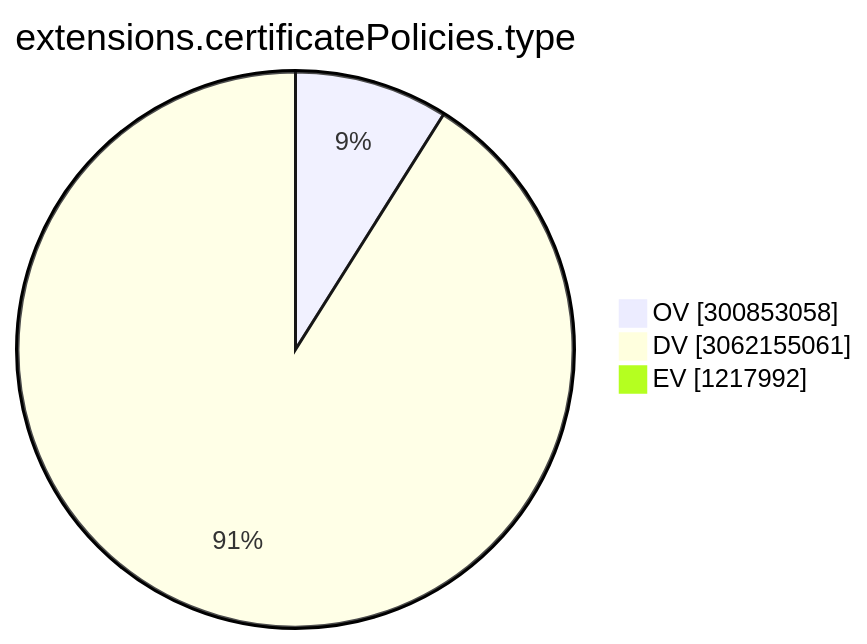
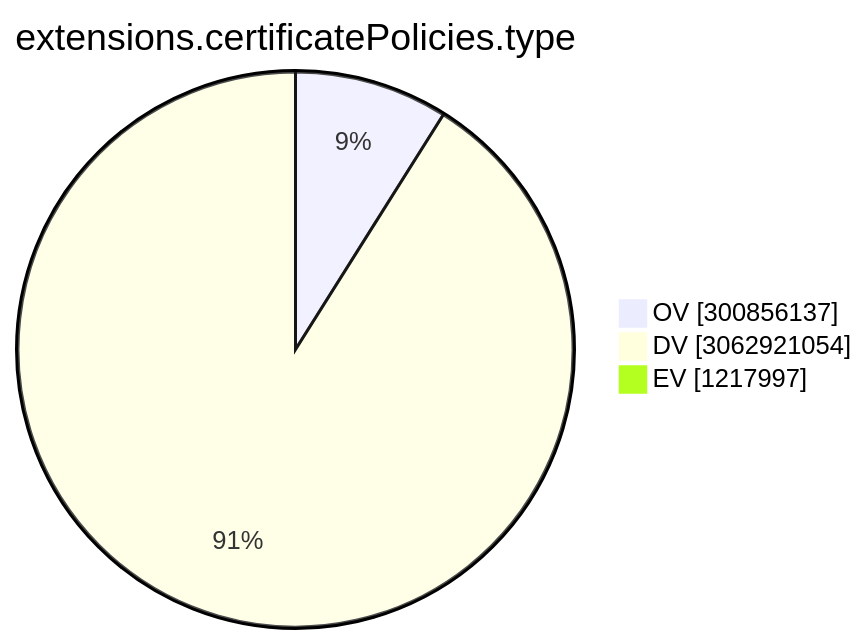
One commit to christiankrug/ctmonitor_visualization changed the ninth of 15 diagrams in TOTAL/README.md. Above: the diagram before and after it, drawn with Mermaid. The commit also changed other lines of this file, not shown here.

````diff
--- a/TOTAL/README.md
+++ b/TOTAL/README.md
@@ -3102,7 +3102,7 @@
 ```mermaid
 pie showData
 title extensions.certificatePolicies.type
-"OV" :300853058
-"DV" :3062155061
-"EV" :1217992
+"OV" :300856137
+"DV" :3062921054
+"EV" :1217997
 ```
````
